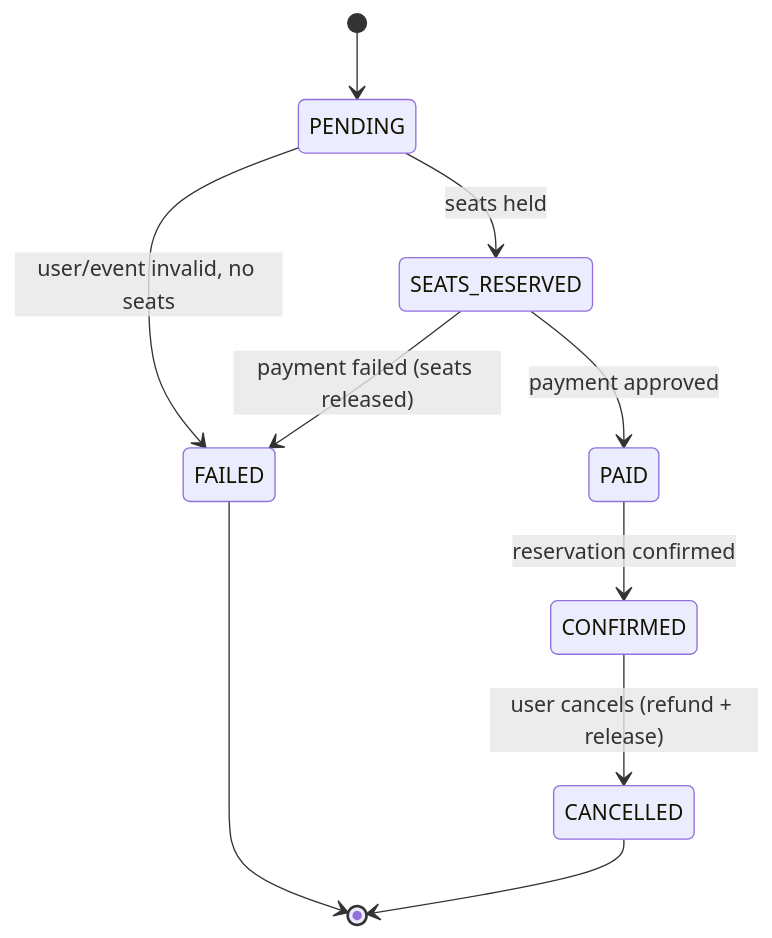
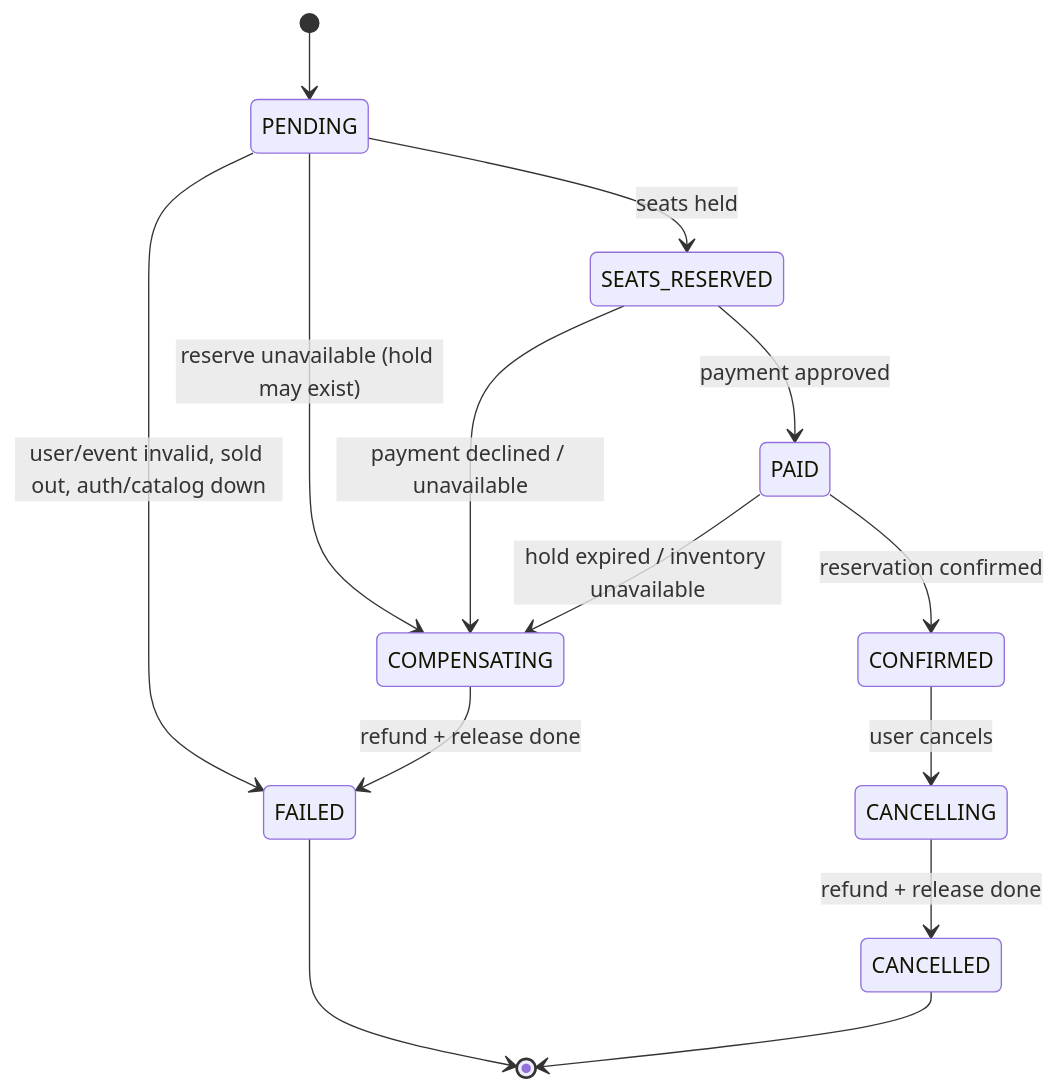
The third of 4 diagrams in docs/booking-saga.md (joaoalbertorsc/ticketflow-microservices), drawn with Mermaid before and after one commit. The commit also changed other lines of this file and 65 other files, not shown here.

````diff
--- a/docs/booking-saga.md
+++ b/docs/booking-saga.md
@@ -94,12 +104,16 @@
 ```mermaid
 stateDiagram-v2
     [*] --> PENDING
     PENDING --> SEATS_RESERVED: seats held
-    PENDING --> FAILED: user/event invalid, no seats
+    PENDING --> FAILED: user/event invalid, sold out, auth/catalog down
+    PENDING --> COMPENSATING: reserve unavailable (hold may exist)
     SEATS_RESERVED --> PAID: payment approved
-    SEATS_RESERVED --> FAILED: payment failed (seats released)
+    SEATS_RESERVED --> COMPENSATING: payment declined / unavailable
     PAID --> CONFIRMED: reservation confirmed
-    CONFIRMED --> CANCELLED: user cancels (refund + release)
+    PAID --> COMPENSATING: hold expired / inventory unavailable
+    COMPENSATING --> FAILED: refund + release done
+    CONFIRMED --> CANCELLING: user cancels
+    CANCELLING --> CANCELLED: refund + release done
     FAILED --> [*]
     CANCELLED --> [*]
 ```
````
